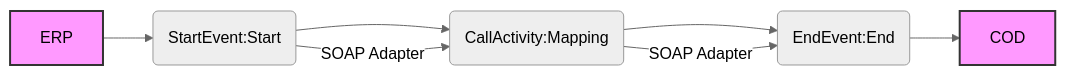
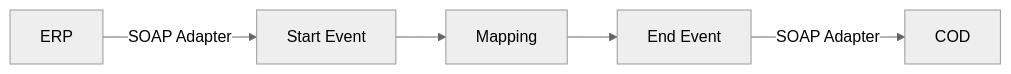
One commit to Avvale-IA-CICD/AvvaleCPI changed the diagram in REPSOL - Demo IA Docs/Check_Connectivity_from_SAP_Business_Suite_-_REPSOL/1.0.3/readme.md. Above: the diagram before and after it, drawn with Mermaid (neutral theme). The commit also changed other lines of this file, not shown here.

````diff
--- a/REPSOL - Demo IA Docs/Check_Connectivity_from_SAP_Business_Suite_-_REPSOL/1.0.3/readme.md
+++ b/REPSOL - Demo IA Docs/Check_Connectivity_from_SAP_Business_Suite_-_REPSOL/1.0.3/readme.md
@@ -4,11 +4,13 @@
 ```mermaid
 graph LR
-    ERP[ERP] --> SOAP_ERP(StartEvent:Start)
-    SOAP_ERP --> Mapping(CallActivity:Mapping)
-    Mapping --> SOAP_COD(EndEvent:End)
-    SOAP_COD --> COD[COD]
-    style ERP fill:#f9f,stroke:#333,stroke-width:2px
-    style COD fill:#f9f,stroke:#333,stroke-width:2px
-    SOAP_ERP -- SOAP Adapter --> Mapping
-    Mapping -- SOAP Adapter --> SOAP_COD
+    ERP[ERP]
+    COD[COD]
+    Start[Start Event]
+    Mapping[Mapping]
+    End[End Event]
+
+    ERP -- SOAP Adapter --> Start
+    Start --> Mapping
+    Mapping --> End
+    End -- SOAP Adapter --> COD
 ```
````
